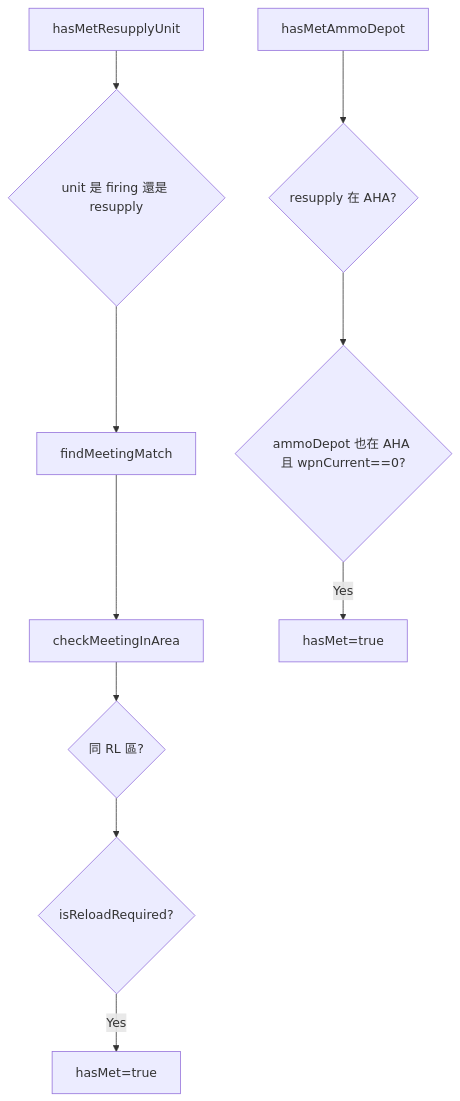
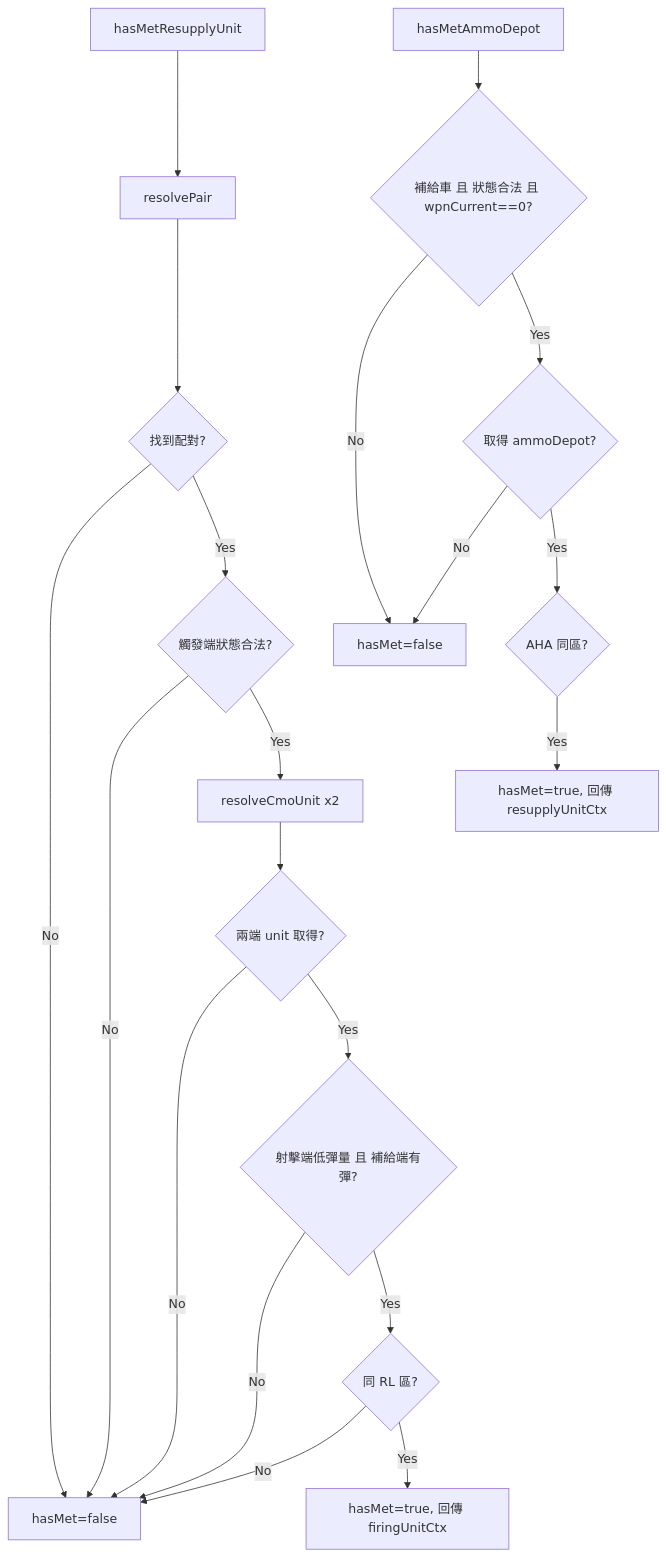
The diagram in docs/missileSystem/meeting.md (pullupjumper/formosa-in-flames), drawn with Mermaid before and after one commit. The commit also changed other lines of this file and 4 other files, not shown here.

First line of the commit message:
refactor(missile-system): resolve firing unit context from either meeting end

````diff
--- a/docs/missileSystem/meeting.md
+++ b/docs/missileSystem/meeting.md
@@ -28,13 +30,23 @@
 ```mermaid
 flowchart TD
-    A[hasMetResupplyUnit] --> B{unit 是 firing 還是 resupply}
-    B --> C[findMeetingMatch]
-    C --> D[checkMeetingInArea]
-    D --> E{同 RL 區?}
-    E --> F{isReloadRequired?}
-    F -->|Yes| G[hasMet=true]
+    A[hasMetResupplyUnit] --> B[resolvePair]
+    B --> C{找到配對?}
+    C -->|No| X1[hasMet=false]
+    C -->|Yes| D{觸發端狀態合法?}
+    D -->|No| X1
+    D -->|Yes| E[resolveCmoUnit x2]
+    E --> F{兩端 unit 取得?}
+    F -->|No| X1
+    F -->|Yes| G{射擊端低彈量 且 補給端有彈?}
+    G -->|No| X1
+    G -->|Yes| H{同 RL 區?}
+    H -->|No| X1
+    H -->|Yes| I[hasMet=true, 回傳 firingUnitCtx]
 
-    H[hasMetAmmoDepot] --> I{resupply 在 AHA?}
-    I --> J{ammoDepot 也在 AHA 且 wpnCurrent==0?}
-    J -->|Yes| K[hasMet=true]
+    J[hasMetAmmoDepot] --> K{補給車 且 狀態合法 且 wpnCurrent==0?}
+    K -->|No| X2[hasMet=false]
+    K -->|Yes| L{取得 ammoDepot?}
+    L -->|No| X2
+    L -->|Yes| M{AHA 同區?}
+    M -->|Yes| N[hasMet=true, 回傳 resupplyUnitCtx]
 ```
````
